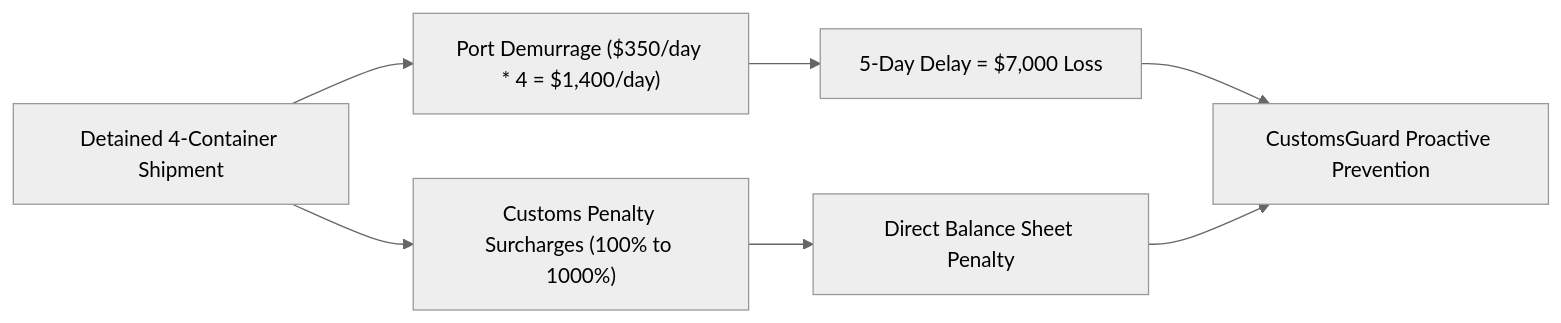
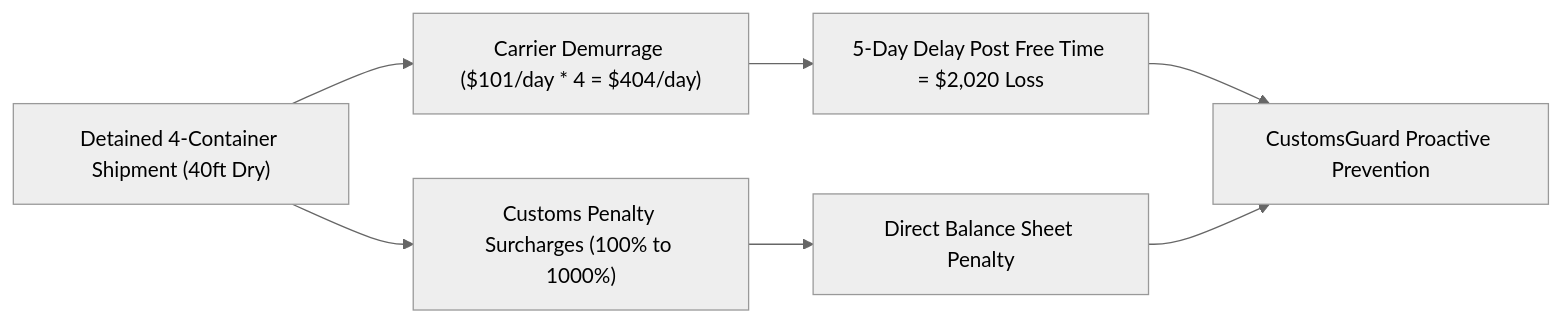
One commit to rafifmsn/customs-guard changed the first of 2 diagrams in docs/business/business_canvas.md. Above: the diagram before and after it, drawn with Mermaid (neutral theme). The commit also changed other lines of this file and 27 other files, not shown here.

````diff
--- a/docs/business/business_canvas.md
+++ b/docs/business/business_canvas.md
@@ -9,9 +9,9 @@
 ```mermaid
 flowchart LR
-    A["Detained 4-Container Shipment"] --> B["Port Demurrage ($350/day * 4 = $1,400/day)"]
+    A["Detained 4-Container Shipment (40ft Dry)"] --> B["Carrier Demurrage ($101/day * 4 = $404/day)"]
     A --> C["Customs Penalty Surcharges (100% to 1000%)"]
-    B --> D["5-Day Delay = $7,000 Loss"]
+    B --> D["5-Day Delay Post Free Time = $2,020 Loss"]
     C --> E["Direct Balance Sheet Penalty"]
     D --> F["CustomsGuard Proactive Prevention"]
     E --> F
 ```
````
